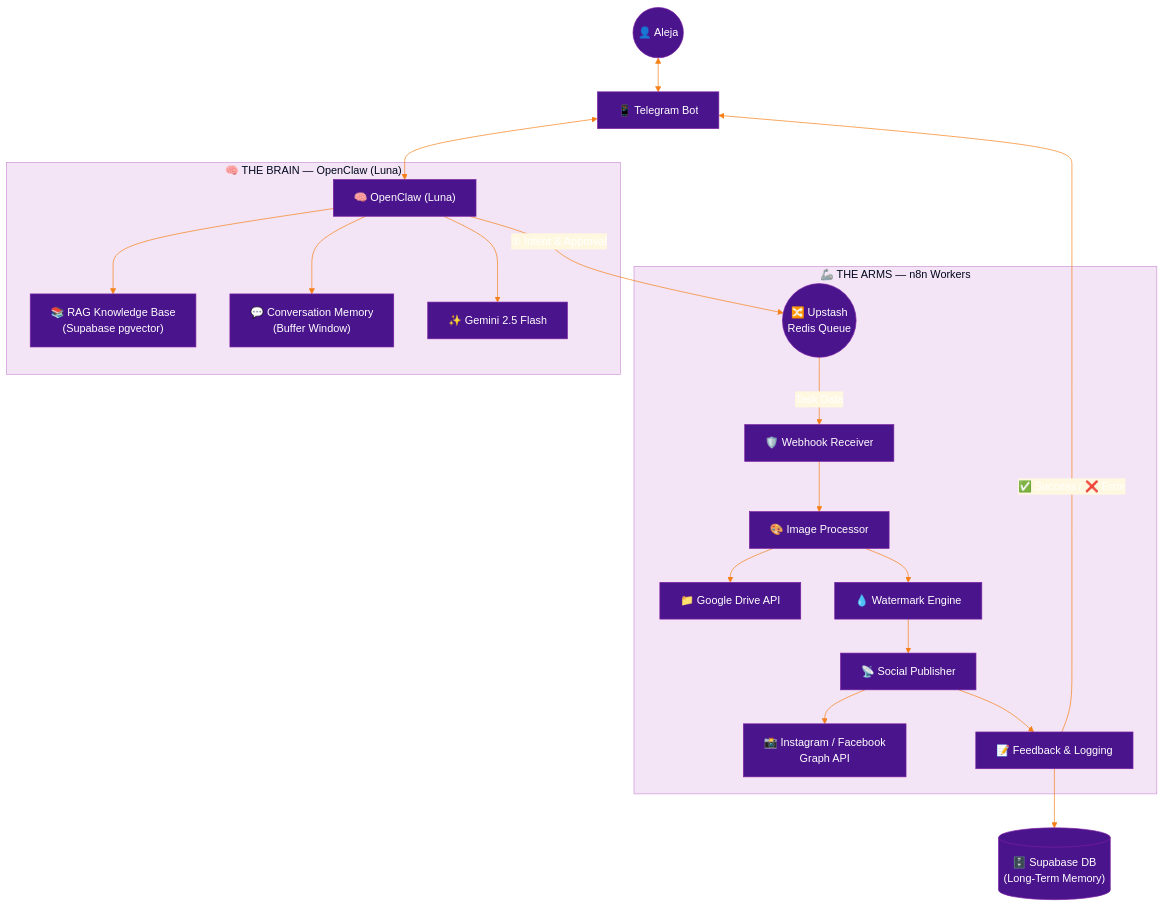
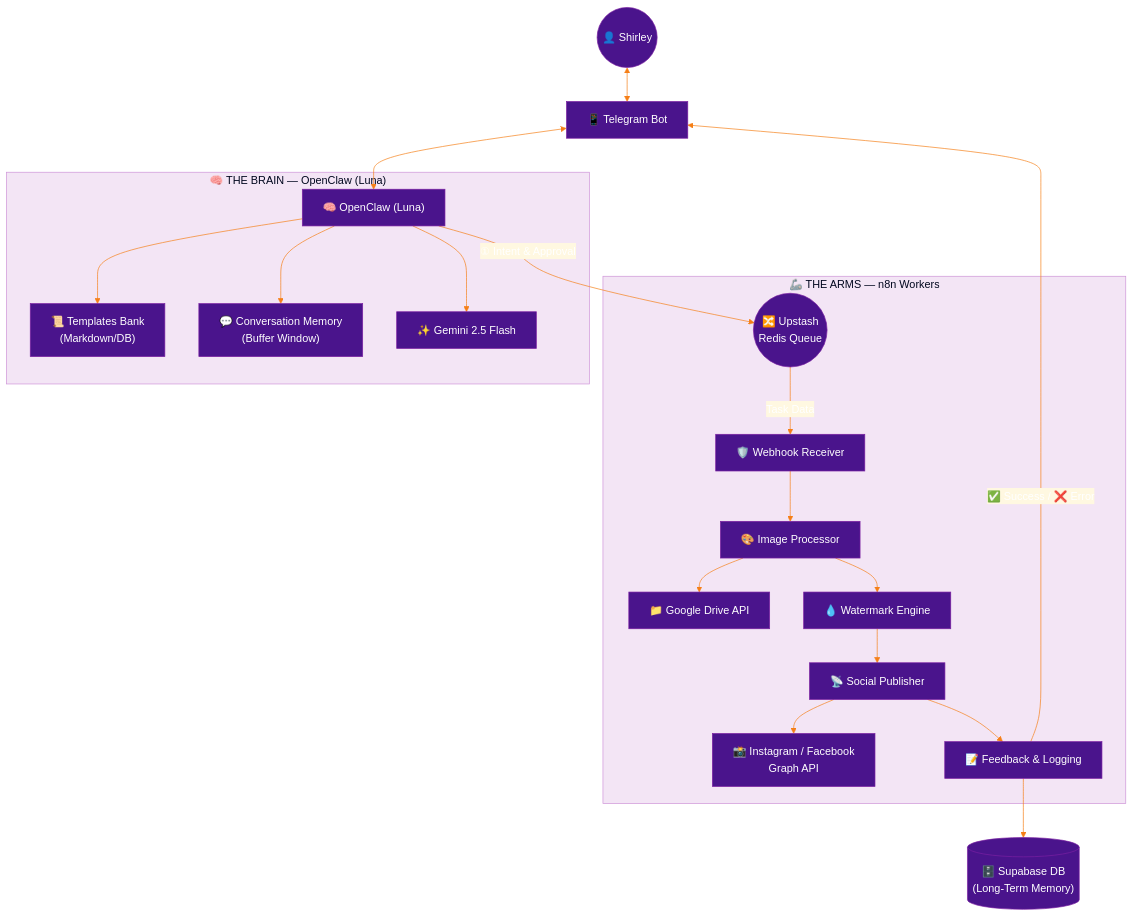
The first of 3 diagrams in specs/architecture.md (aleocampodev/LobsterMarketing), drawn with Mermaid before and after one commit. The commit also changed other lines of this file and 30 other files, not shown here.

````diff
--- a/specs/architecture.md
+++ b/specs/architecture.md
@@ -55,39 +55,39 @@
 ```mermaid
 %%{init: {'theme': 'base', 'themeVariables': {
   'primaryColor': '#4A148C',
   'primaryTextColor': '#fff',
   'primaryBorderColor': '#7B1FA2',
   'lineColor': '#F57F17',
   'secondaryColor': '#FFD54F',
   'tertiaryColor': '#FFF8E1',
   'mainBkg': '#4A148C',
   'nodeBorder': '#7B1FA2',
   'clusterBkg': '#F3E5F5',
   'clusterBorder': '#CE93D8',
   'edgeLabelBackground': '#FFF8E1'
 }}}%%
 graph TD
-    User(("👤 Aleja")) <--> Telegram["📱 Telegram Bot"]
+    User(("👤 Shirley")) <--> Telegram["📱 Telegram Bot"]
     Telegram <--> Brain["🧠 OpenClaw (Luna)"]
 
     subgraph BrainSub["🧠 THE BRAIN — OpenClaw (Luna)"]
-        Brain --> RAG["📚 RAG Knowledge Base<br/>(Supabase pgvector)"]
+        Brain --> Templates["📜 Templates Bank<br/>(Markdown/DB)"]
         Brain --> Memory["💬 Conversation Memory<br/>(Buffer Window)"]
         Brain --> LLM["✨ Gemini 2.5 Flash"]
     end
 
     Brain -- "① Intent & Approval" --> Redis(("🔀 Upstash<br/>Redis Queue"))
 
     subgraph ArmsSub["🦾 THE ARMS — n8n Workers"]
         Redis -- "Task Data" --> Receiver["🛡️ Webhook Receiver"]
         Receiver --> IPW["🎨 Image Processor"]
         IPW --> Drive["📁 Google Drive API"]
         IPW --> Watermark["💧 Watermark Engine"]
         Watermark --> SPW["📡 Social Publisher"]
         SPW --> Meta["📸 Instagram / Facebook<br/>Graph API"]
         SPW --> FLW["📝 Feedback & Logging"]
     end
 
     FLW --> Supabase[("🗄️ Supabase DB<br/>(Long-Term Memory)")]
     FLW -- "✅ Success / ❌ Error" --> Telegram
 ```
````
